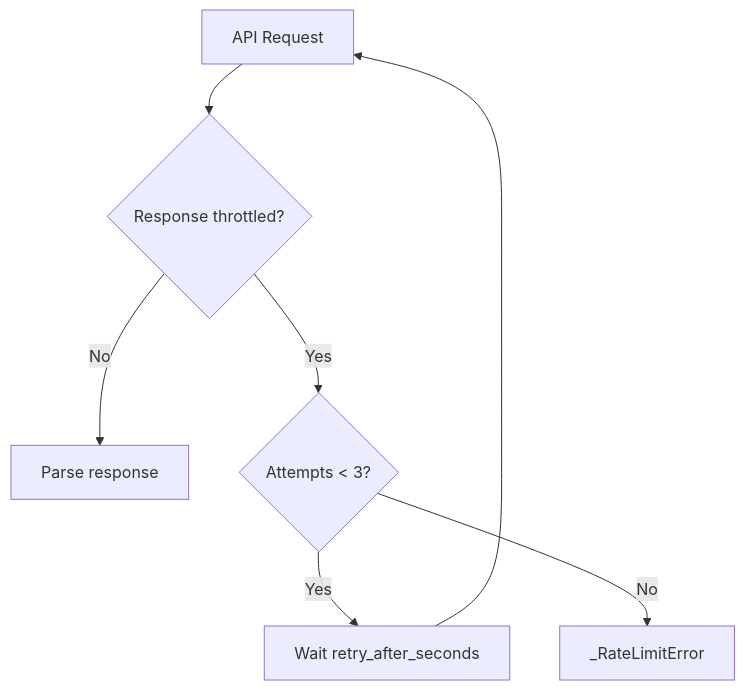
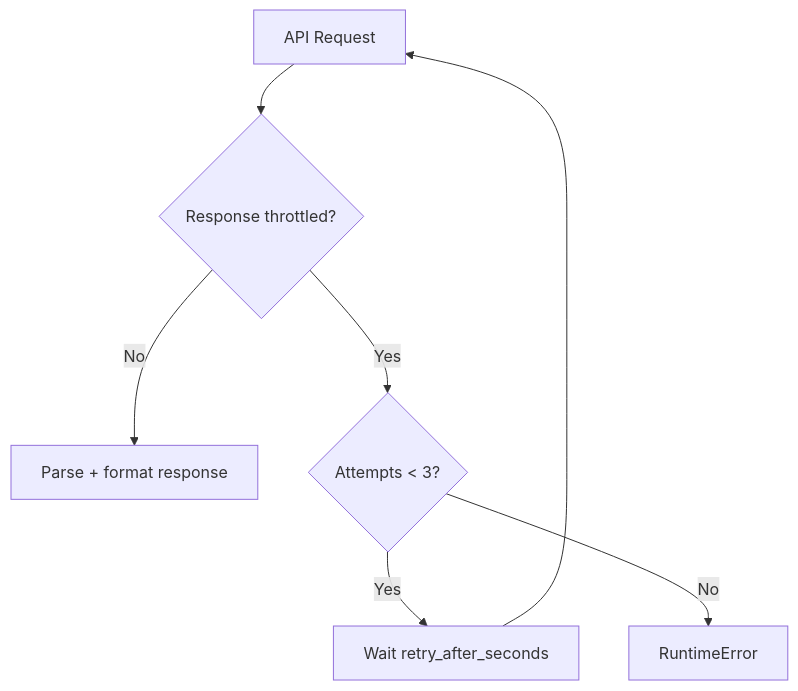
One commit to codexceed/cli-chat changed the fourth of 5 diagrams in ARCHITECTURE.md. Above: the diagram before and after it, drawn with Mermaid. The commit also changed other lines of this file and 9 other files, not shown here.

````diff
--- a/ARCHITECTURE.md
+++ b/ARCHITECTURE.md
@@ -93,8 +81,8 @@
 ```mermaid
 flowchart TD
     REQ[API Request] --> CHECK{Response throttled?}
-    CHECK -->|No| PARSE[Parse response]
+    CHECK -->|No| PARSE[Parse + format response]
     CHECK -->|Yes| RETRY{Attempts < 3?}
     RETRY -->|Yes| WAIT[Wait retry_after_seconds] --> REQ
-    RETRY -->|No| ERR[_RateLimitError]
+    RETRY -->|No| ERR[RuntimeError]
 ```
````
